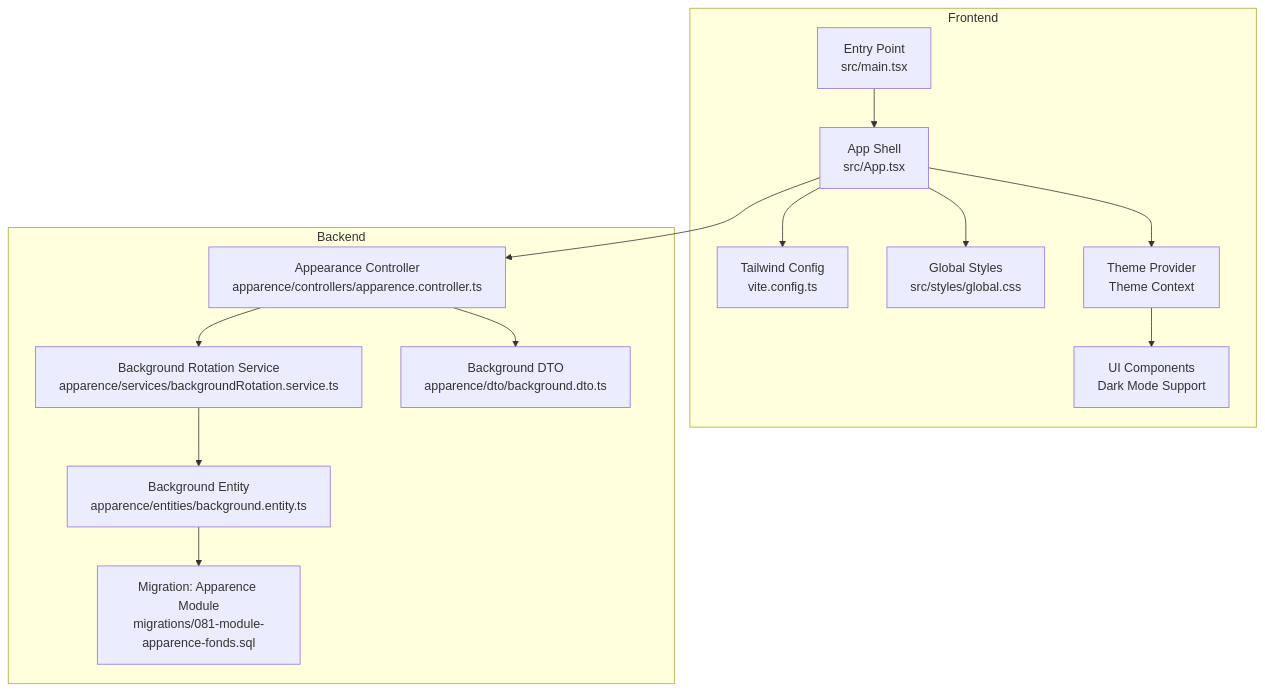
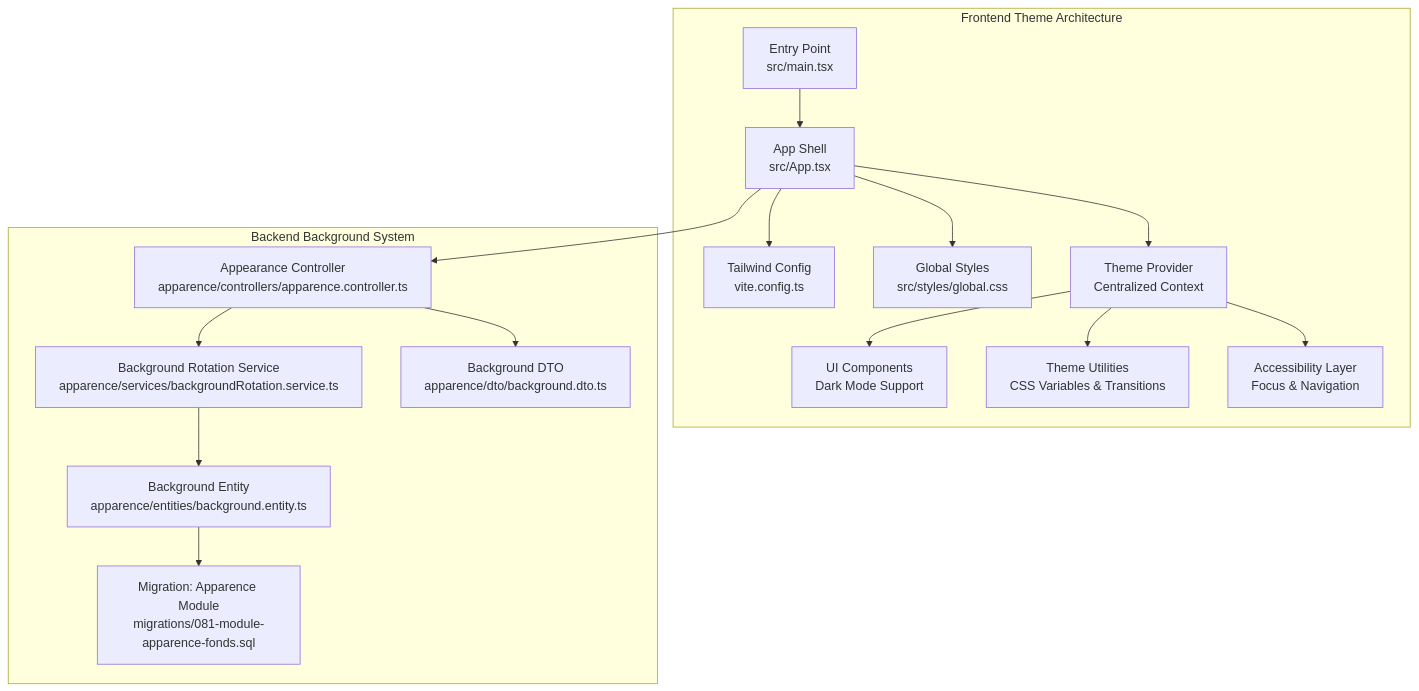
One commit to franckylab/eLISAschool changed the first of 5 diagrams in .qoder/repowiki/en/content/System Architecture/Frontend Architecture/Styling & Theming.md. Above: the diagram before and after it, drawn with Mermaid. The commit also changed other lines of this file and 85 other files, not shown here.

````diff
--- a/.qoder/repowiki/en/content/System Architecture/Frontend Architecture/Styling & Theming.md
+++ b/.qoder/repowiki/en/content/System Architecture/Frontend Architecture/Styling & Theming.md
@@ -43,28 +45,32 @@
 ```mermaid
 graph TB
-subgraph "Frontend"
+subgraph "Frontend Theme Architecture"
 A["Tailwind Config<br/>vite.config.ts"]
 B["Global Styles<br/>src/styles/global.css"]
 C["App Shell<br/>src/App.tsx"]
 D["Entry Point<br/>src/main.tsx"]
-E["Theme Provider<br/>Theme Context"]
+E["Theme Provider<br/>Centralized Context"]
 F["UI Components<br/>Dark Mode Support"]
+G["Theme Utilities<br/>CSS Variables & Transitions"]
+H["Accessibility Layer<br/>Focus & Navigation"]
 end
-subgraph "Backend"
-G["Background Rotation Service<br/>apparence/services/backgroundRotation.service.ts"]
-H["Appearance Controller<br/>apparence/controllers/apparence.controller.ts"]
-I["Background DTO<br/>apparence/dto/background.dto.ts"]
-J["Background Entity<br/>apparence/entities/background.entity.ts"]
-K["Migration: Apparence Module<br/>migrations/081-module-apparence-fonds.sql"]
+subgraph "Backend Background System"
+I["Background Rotation Service<br/>apparence/services/backgroundRotation.service.ts"]
+J["Appearance Controller<br/>apparence/controllers/apparence.controller.ts"]
+K["Background DTO<br/>apparence/dto/background.dto.ts"]
+L["Background Entity<br/>apparence/entities/background.entity.ts"]
+M["Migration: Apparence Module<br/>migrations/081-module-apparence-fonds.sql"]
 end
 D --> C
 C --> B
 C --> A
 C --> E
 E --> F
-C --> H
-H --> G
-G --> J
-H --> I
+E --> G
+E --> H
+C --> J
+J --> I
+I --> L
 J --> K
+L --> M
 ```
````
